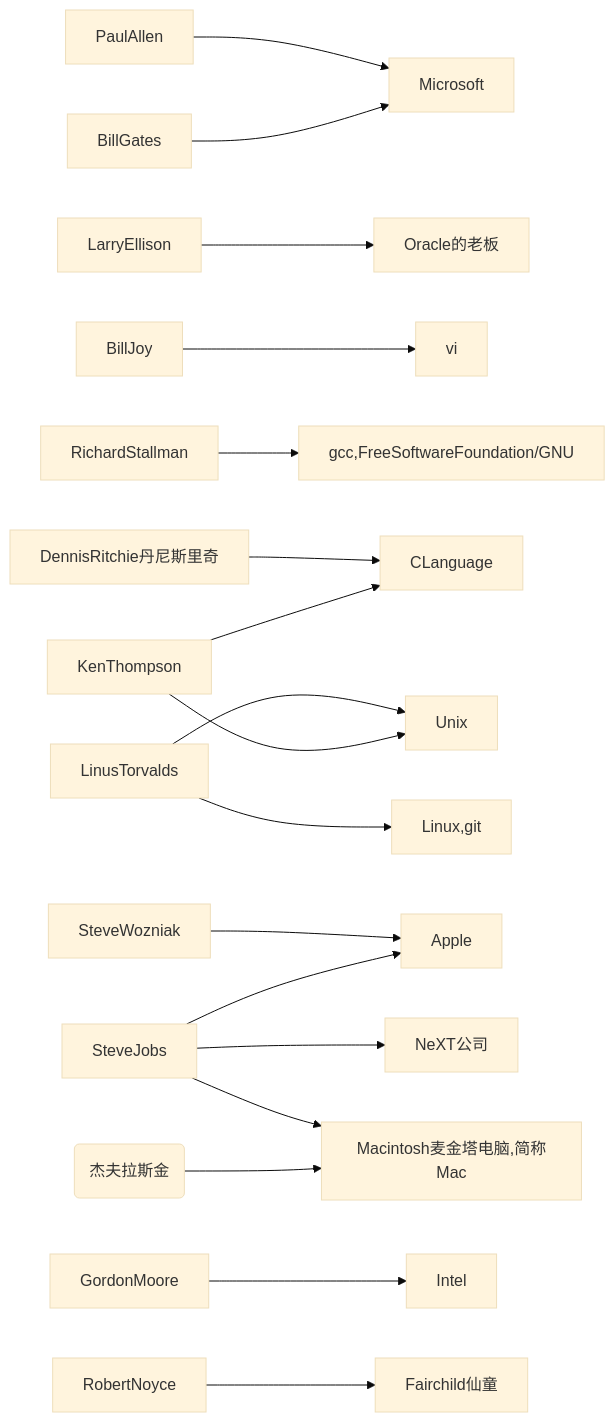
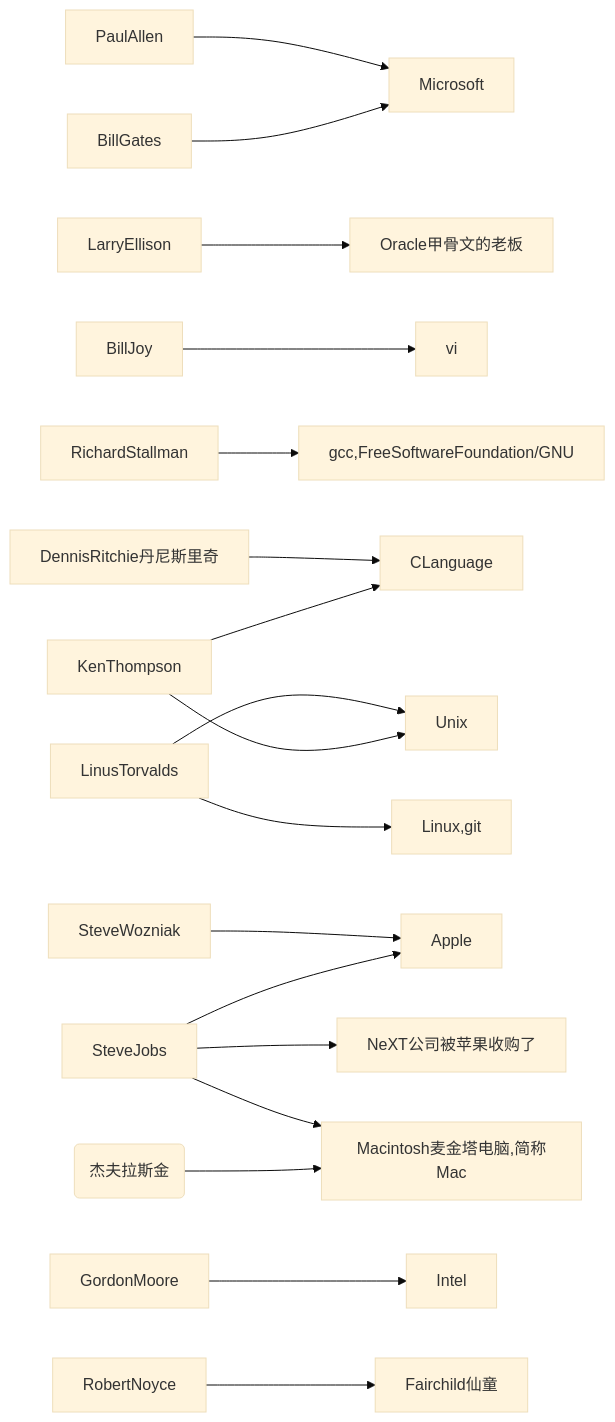
One commit to LukeLIN-web/curriculum_design changed the diagram in ICCAD/考试.md. Above: the diagram before and after it, drawn with Mermaid (base theme). The commit also changed other lines of this file and 1 other file, not shown here.

````diff
--- a/ICCAD/考试.md
+++ b/ICCAD/考试.md
@@ -17,20 +21,20 @@
    ```mermaid
    graph LR
    PaulAllen-->Microsoft	
    BillGates-->Microsoft
-   LarryEllison-->	Oracle的老板	
+   LarryEllison-->	Oracle甲骨文的老板
    SteveWozniak-->	Apple
    BillJoy-->	vi	
    DennisRitchie丹尼斯里奇-->	CLanguage
    RichardStallman-->	gcc,FreeSoftwareFoundation/GNU
    KenThompson-->		CLanguage
    LinusTorvalds-->	Linux,git
    LinusTorvalds-->Unix
    KenThompson-->Unix
    GordonMoore-->	Intel	
    SteveJobs-->	Apple
-   SteveJobs-->NeXT公司
+   SteveJobs-->NeXT公司被苹果收购了
    SteveJobs-->Macintosh麦金塔电脑,简称Mac
    JeffRaskin(杰夫拉斯金)-->Macintosh麦金塔电脑,简称Mac
    RobertNoyce-->	Fairchild仙童
    ```
````
